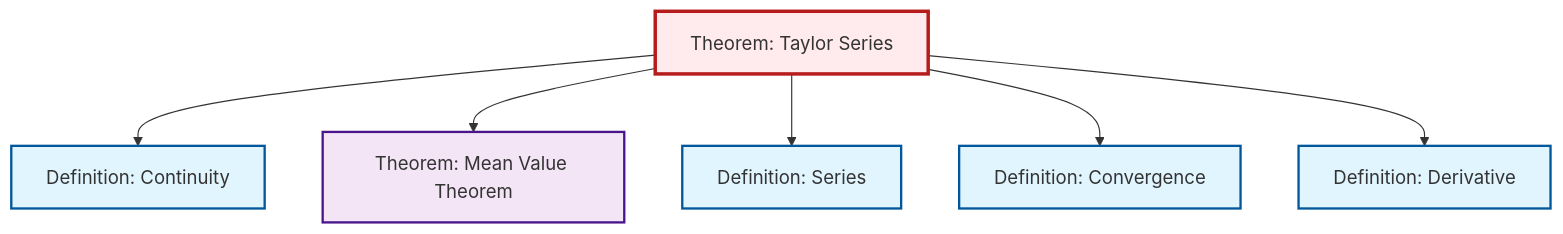
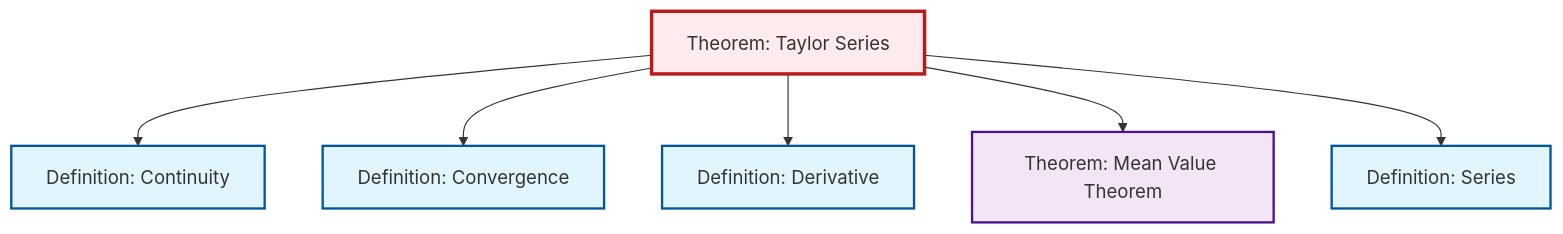
One commit to RK0429/ModernMath changed the diagram in content/en/analysis/thm-taylor-series.qmd. Above: the diagram before and after it, drawn with Mermaid. The commit also changed other lines of this file and 654 other files, not shown here.

````diff
--- a/content/en/analysis/thm-taylor-series.qmd
+++ b/content/en/analysis/thm-taylor-series.qmd
@@ -107,26 +108,26 @@
 ```{mermaid}
 %%| fig-cap: "Local dependency graph"
 graph TD
     classDef definition fill:#e1f5fe,stroke:#01579b,stroke-width:2px
     classDef theorem fill:#f3e5f5,stroke:#4a148c,stroke-width:2px
     classDef axiom fill:#fff3e0,stroke:#e65100,stroke-width:2px
     classDef example fill:#e8f5e9,stroke:#1b5e20,stroke-width:2px
     classDef current fill:#ffebee,stroke:#b71c1c,stroke-width:3px
     def-convergence["Definition: Convergence"]:::definition
-    def-derivative["Definition: Derivative"]:::definition
     def-continuity["Definition: Continuity"]:::definition
     def-series["Definition: Series"]:::definition
+    def-derivative["Definition: Derivative"]:::definition
     thm-taylor-series["Theorem: Taylor Series"]:::theorem
     thm-mean-value["Theorem: Mean Value Theorem"]:::theorem
     thm-taylor-series --> def-continuity
+    thm-taylor-series --> def-convergence
+    thm-taylor-series --> def-derivative
     thm-taylor-series --> thm-mean-value
     thm-taylor-series --> def-series
-    thm-taylor-series --> def-convergence
-    thm-taylor-series --> def-derivative
     class thm-taylor-series current
     click def-convergence "def-convergence.html" "Go to Convergence definition"
-    click def-derivative "def-derivative.html" "Go to Derivative definition"
     click def-continuity "def-continuity.html" "Go to Continuity definition"
     click def-series "def-series.html" "Go to Series definition"
+    click def-derivative "def-derivative.html" "Go to Derivative definition"
     click thm-mean-value "thm-mean-value.html" "Go to Mean Value Theorem theorem"
 ```
````
